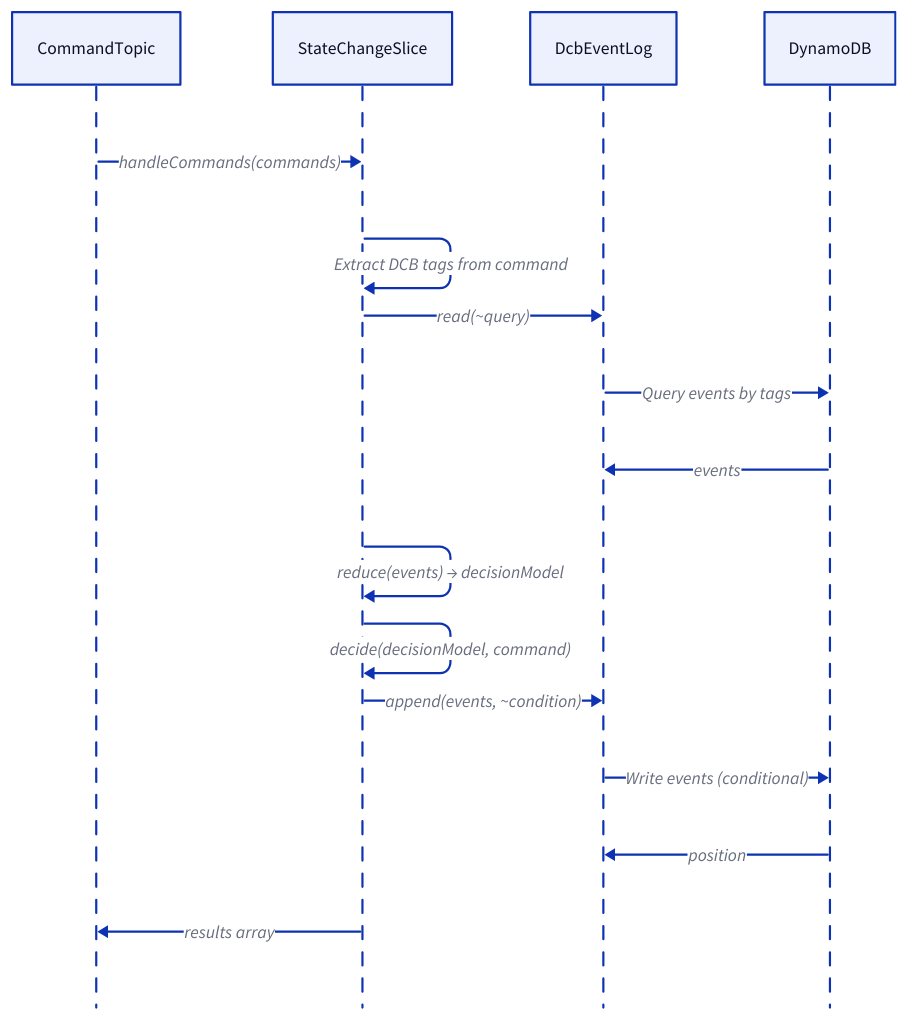
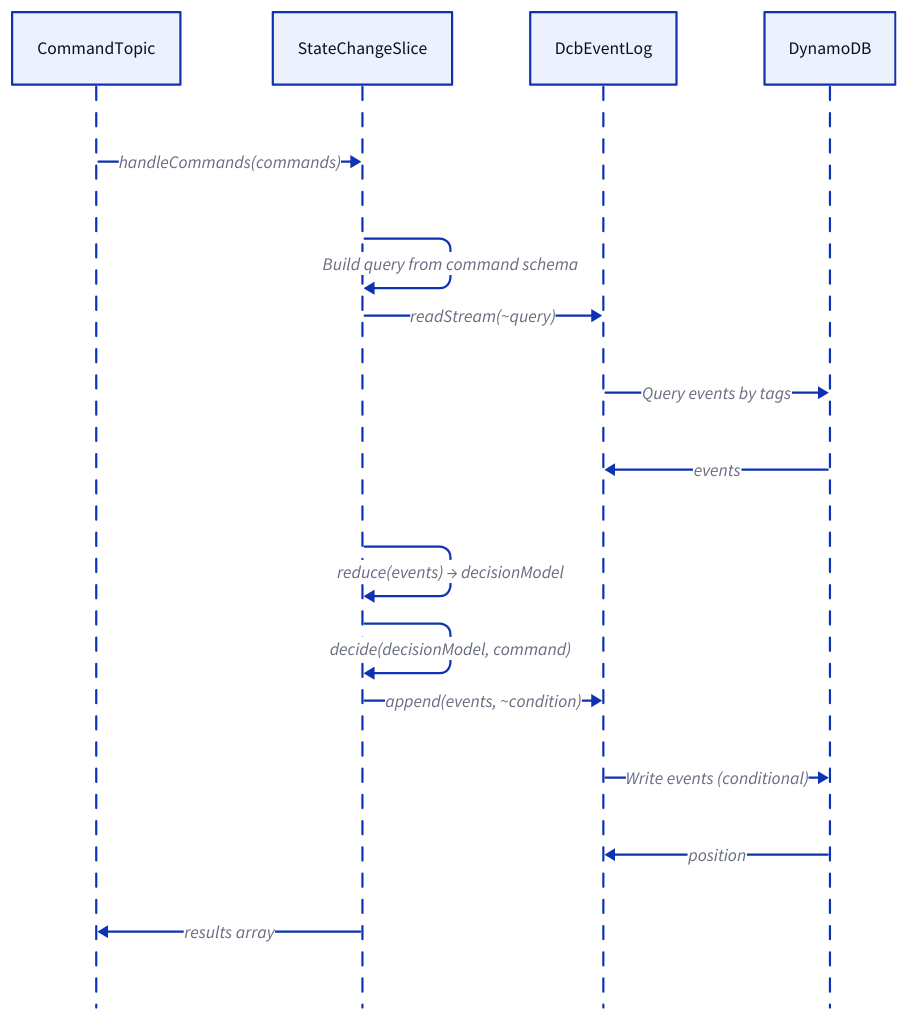
One commit to ReventlessDev/reventless-core changed the third of 3 diagrams in packages/doc/docs-app/components/statechangeslice.md. Above: the diagram before and after it, drawn with D2. The commit also changed other lines of this file and 52 other files, not shown here.

First line of the commit message:
feat: replace explicit queryMode with automatic schema-driven DCB query construction

````diff
--- a/packages/doc/docs-app/components/statechangeslice.md
+++ b/packages/doc/docs-app/components/statechangeslice.md
@@ -118,20 +118,20 @@
 ```d2
 shape: sequence_diagram
 
 CommandTopic: CommandTopic { class: command-topic }
 StateChangeSlice: StateChangeSlice
 DcbEventLog: DcbEventLog { class: dcb-event-log }
 Storage: DynamoDB { class: aws-service }
 
 CommandTopic -> StateChangeSlice: "handleCommands(commands)"
-StateChangeSlice -> StateChangeSlice: Extract DCB tags from command
-StateChangeSlice -> DcbEventLog: "read(~query)"
+StateChangeSlice -> StateChangeSlice: "Build query from command schema"
+StateChangeSlice -> DcbEventLog: "readStream(~query)"
 DcbEventLog -> Storage: Query events by tags
 Storage --> DcbEventLog: events
 StateChangeSlice -> StateChangeSlice: "reduce(events) → decisionModel"
 StateChangeSlice -> StateChangeSlice: "decide(decisionModel, command)"
 StateChangeSlice -> DcbEventLog: "append(events, ~condition)"
 DcbEventLog -> Storage: "Write events (conditional)"
 Storage --> DcbEventLog: position
 StateChangeSlice --> CommandTopic: results array
 ```
````
